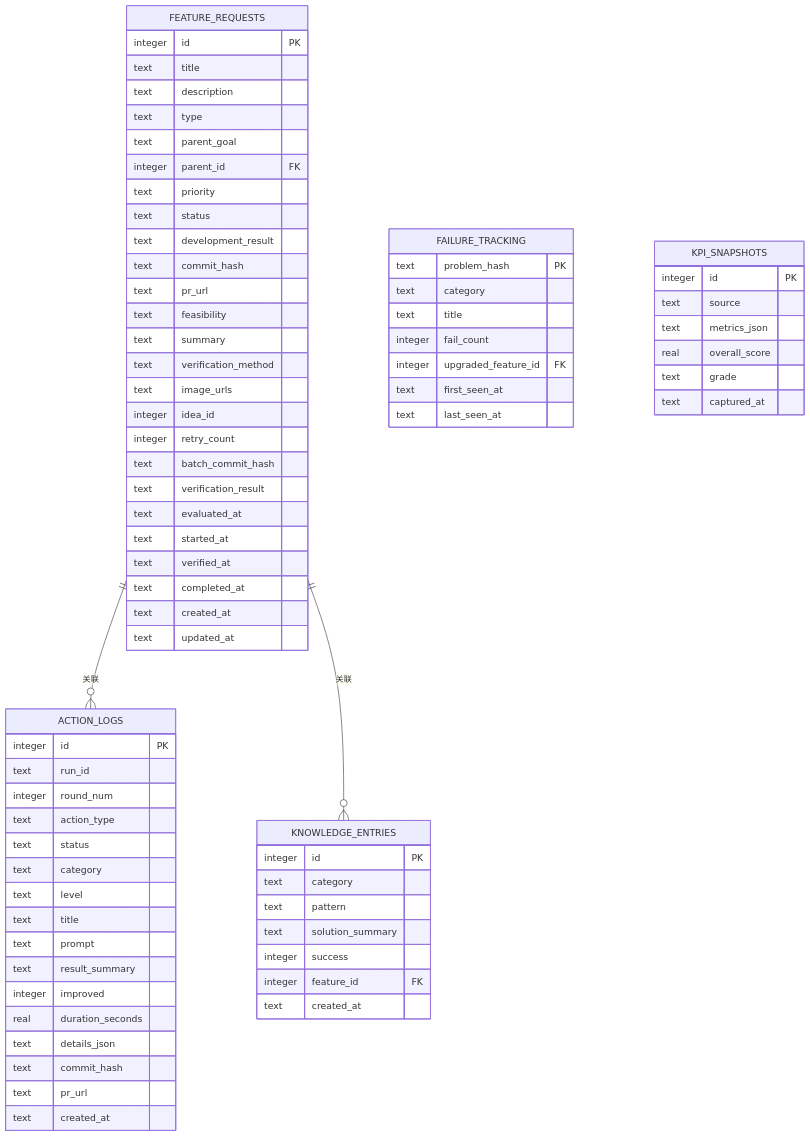
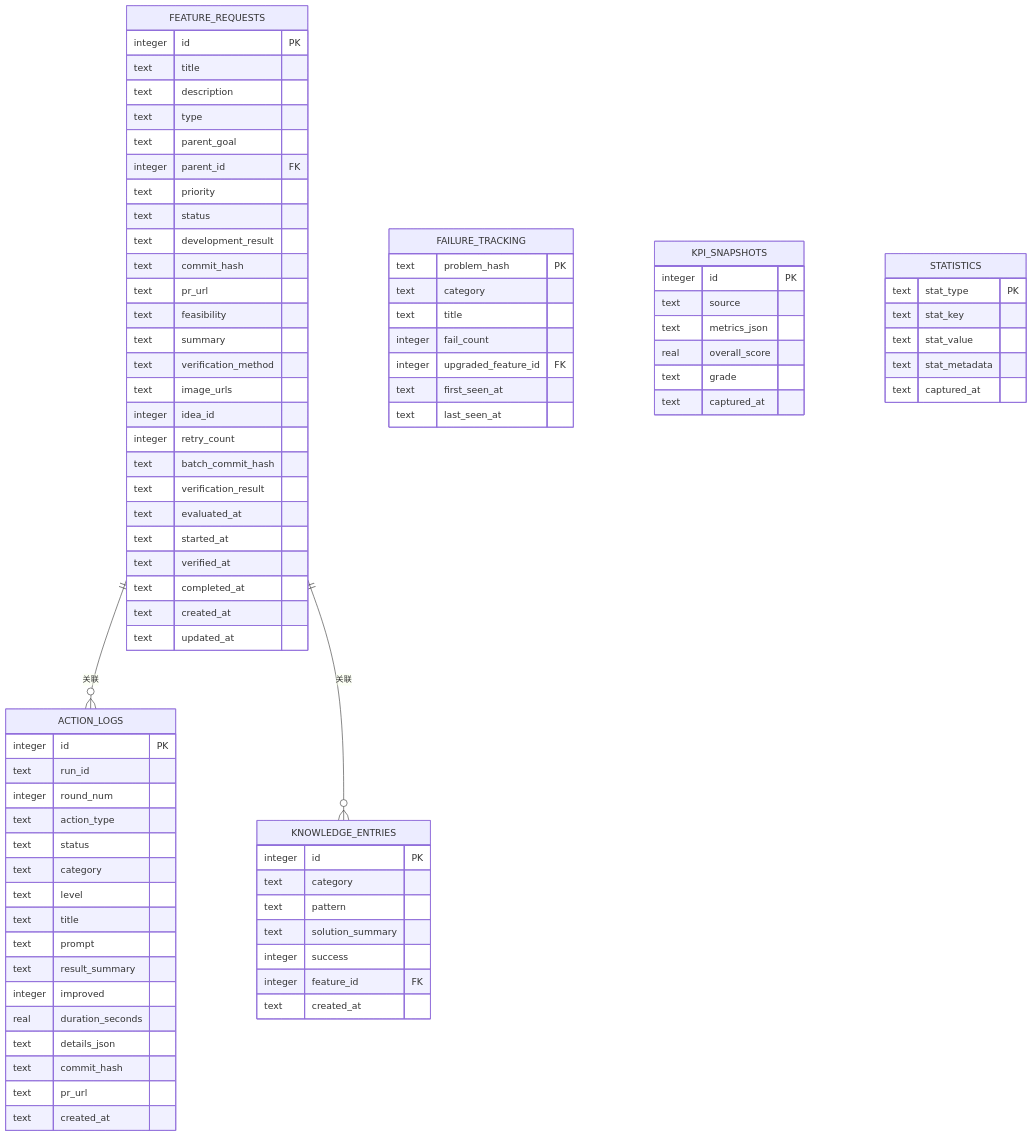
One commit to pinsonchen/vivify changed the sixth of 26 diagrams in .qoder/repowiki/zh/content/技术实现参考/Web仪表板系统.md. Above: the diagram before and after it, drawn with Mermaid. The commit also changed other lines of this file and 102 other files, not shown here.

````diff
--- a/.qoder/repowiki/zh/content/技术实现参考/Web仪表板系统.md
+++ b/.qoder/repowiki/zh/content/技术实现参考/Web仪表板系统.md
@@ -491,6 +528,13 @@
 text grade
 text captured_at
 }
+STATISTICS {
+text stat_type PK
+text stat_key
+text stat_value
+text stat_metadata
+text captured_at
+}
 FEATURE_REQUESTS ||--o{ ACTION_LOGS : "关联"
 FEATURE_REQUESTS ||--o{ KNOWLEDGE_ENTRIES : "关联"
 ```
````
